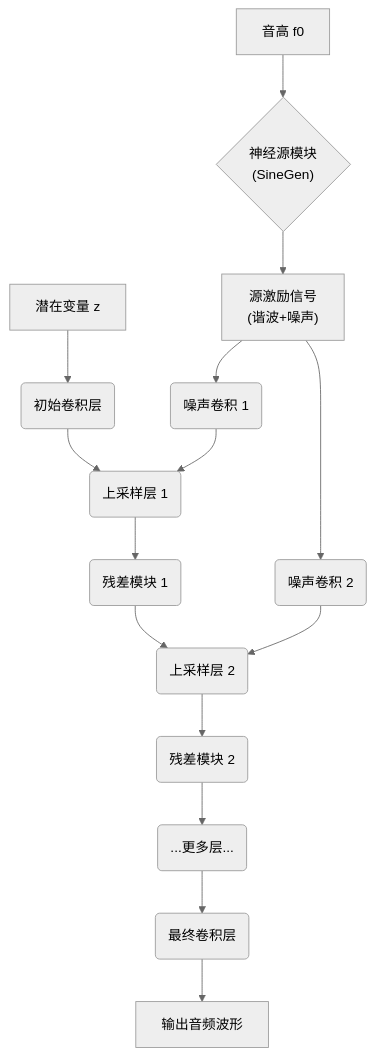
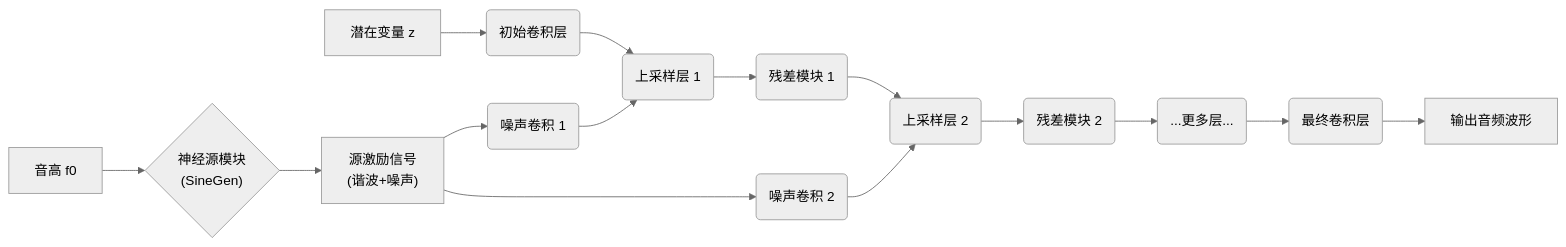
Before and after one commit to liqilun1008/sovitsvrc: the fourth of 5 diagrams in So-VITS-SVC 4.1 流程图与模型详解.md, drawn with Mermaid (neutral theme).

Commit message:
Update So-VITS-SVC 4.1 流程图与模型详解.md

````diff
--- a/So-VITS-SVC 4.1 流程图与模型详解.md
+++ b/So-VITS-SVC 4.1 流程图与模型详解.md
@@ -112,20 +112,20 @@
 ```mermaid
-graph TD
+graph LR
     A[潜在变量 z] --> B(初始卷积层);
     C[音高 f0] --> D{"神经源模块<br>(SineGen)"};
     D --> E["源激励信号<br>(谐波+噪声)"];
     
     B --> U1(上采样层 1);
     E --> N1(噪声卷积 1);
     N1 --> U1;
     U1 --> R1(残差模块 1);
     
     R1 --> U2(上采样层 2);
     E --> N2(噪声卷积 2);
     N2 --> U2;
     U2 --> R2(残差模块 2);
 
     R2 --> UX("...更多层...");
     UX --> P(最终卷积层);
     P --> Q[输出音频波形];
 ```
````
